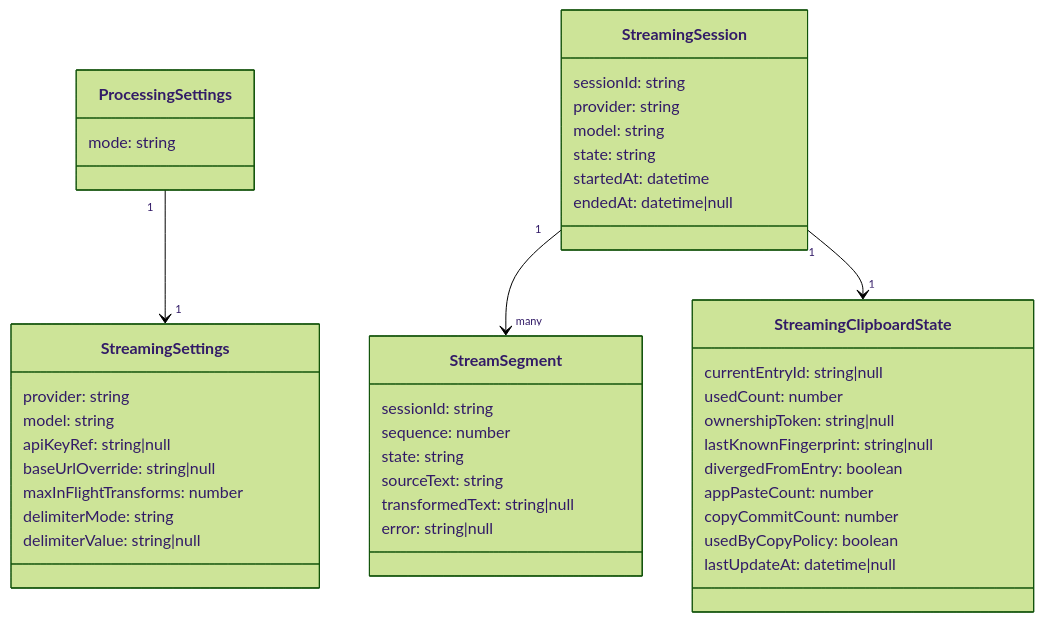
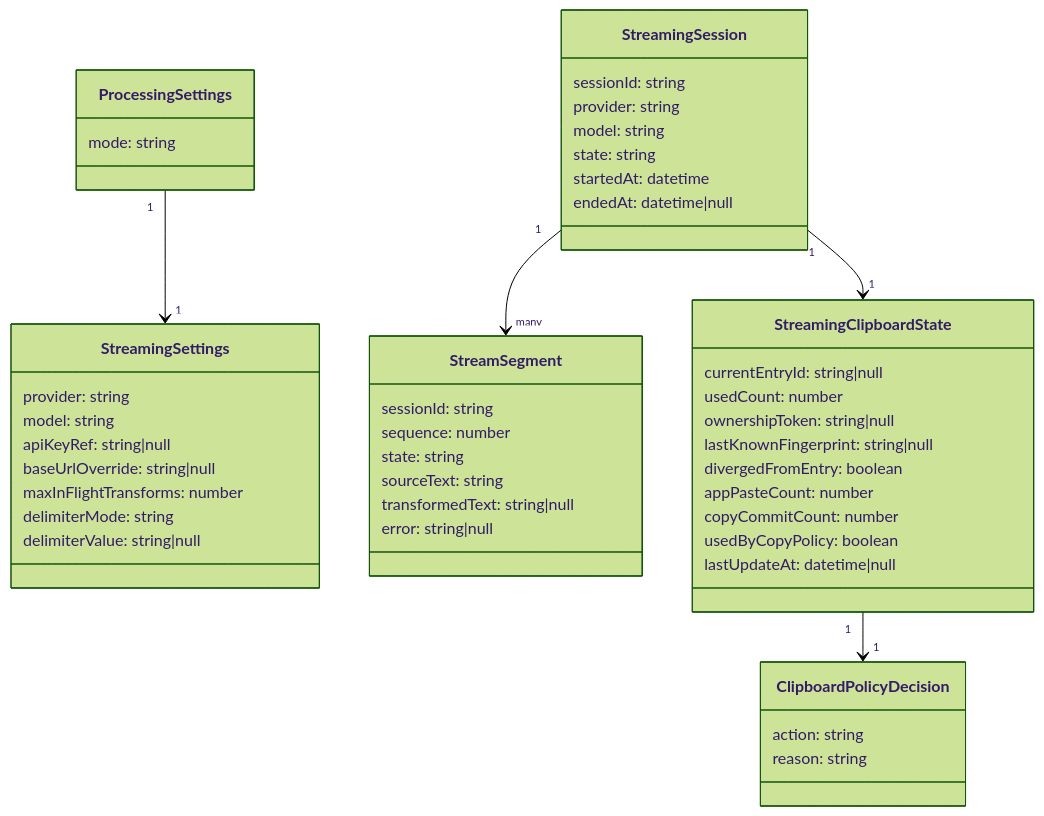
Before and after one commit to massun-onibakuchi/speech-to-text-app: the sixth of 8 diagrams in specs/v1-spec.md, drawn with Mermaid (forest theme). The commit also changed other lines of this file, not shown here.

````diff
--- a/specs/v1-spec.md
+++ b/specs/v1-spec.md
@@ -694,50 +741,56 @@
 ```mermaid
 classDiagram
   class ProcessingSettings {
     mode: string
   }
 
   class StreamingSession {
     sessionId: string
     provider: string
     model: string
     state: string
     startedAt: datetime
     endedAt: datetime|null
   }
 
   class StreamSegment {
     sessionId: string
     sequence: number
     state: string
     sourceText: string
     transformedText: string|null
     error: string|null
   }
 
   class StreamingSettings {
     provider: string
     model: string
     apiKeyRef: string|null
     baseUrlOverride: string|null
     maxInFlightTransforms: number
     delimiterMode: string
     delimiterValue: string|null
   }
 
   class StreamingClipboardState {
     currentEntryId: string|null
     usedCount: number
     ownershipToken: string|null
     lastKnownFingerprint: string|null
     divergedFromEntry: boolean
     appPasteCount: number
     copyCommitCount: number
     usedByCopyPolicy: boolean
     lastUpdateAt: datetime|null
   }
 
+  class ClipboardPolicyDecision {
+    action: string
+    reason: string
+  }
+
   StreamingSession "1" --> "many" StreamSegment
   StreamingSession "1" --> "1" StreamingClipboardState
+  StreamingClipboardState "1" --> "1" ClipboardPolicyDecision
   ProcessingSettings "1" --> "1" StreamingSettings
 ```
````
